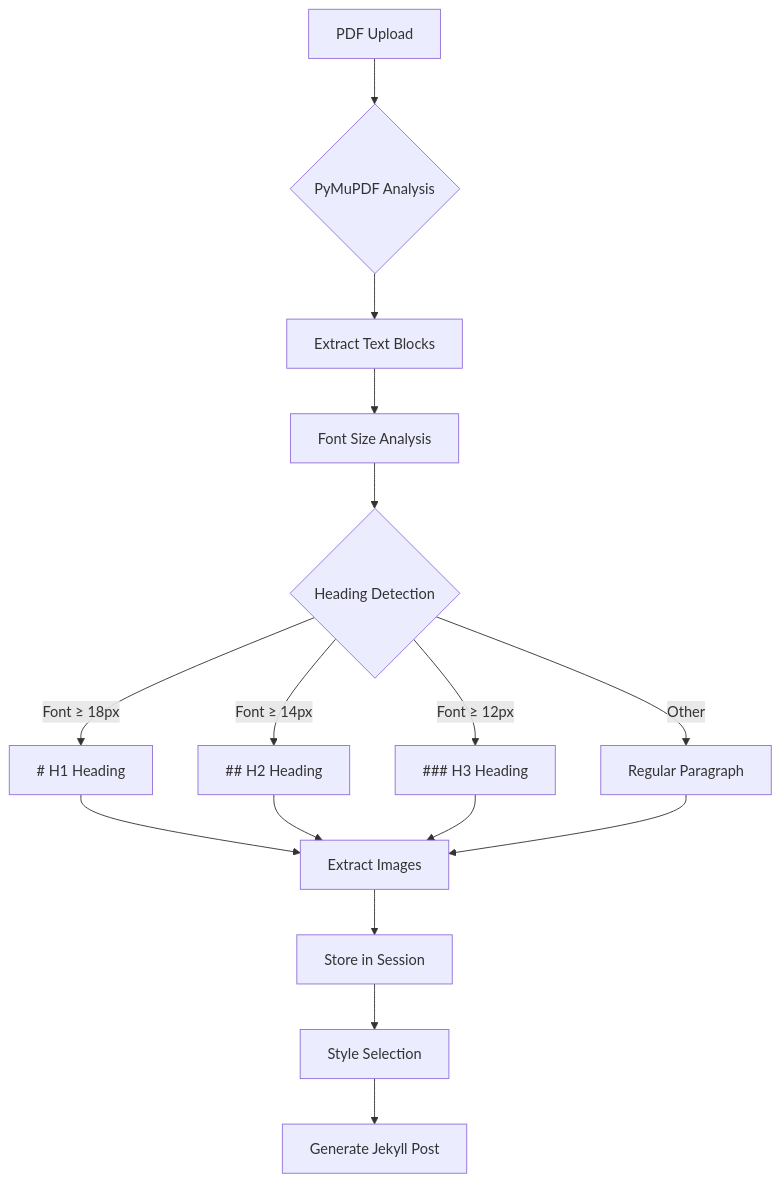
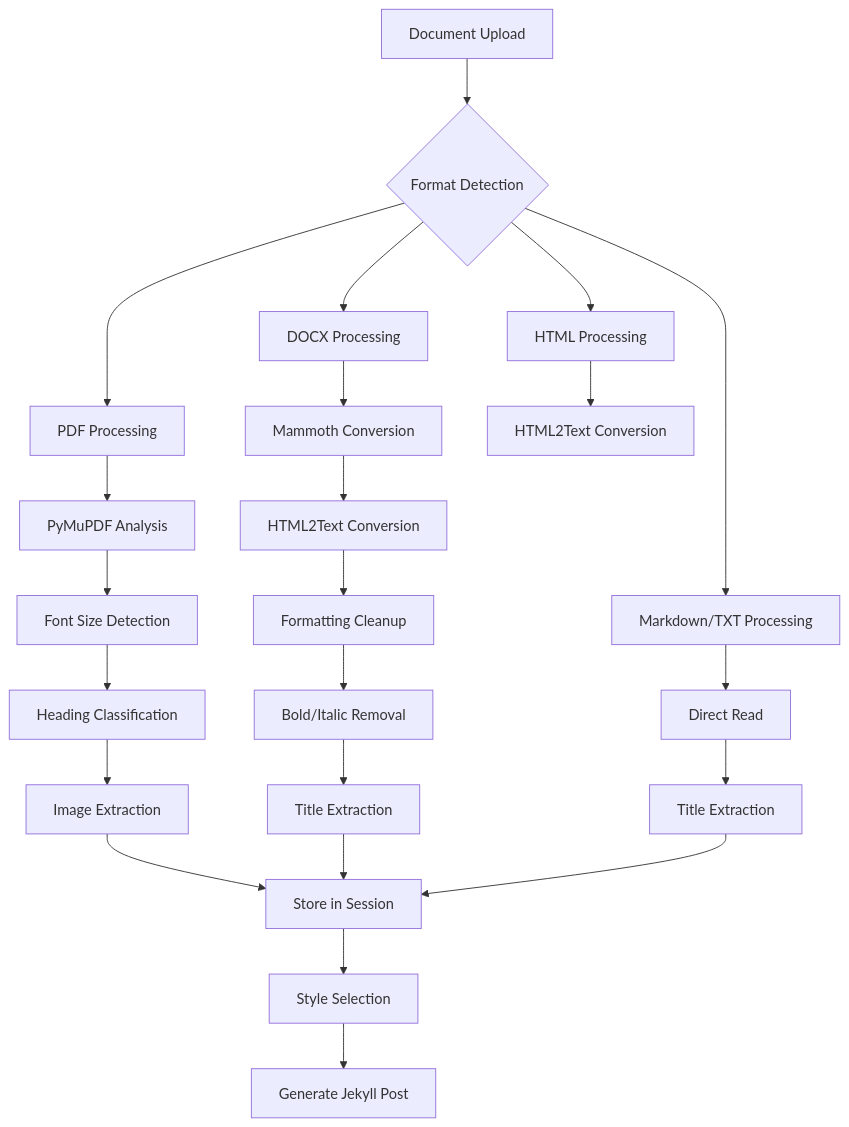
Before and after one commit to PolarisW007/PolaZhenJing: the sixth of 10 diagrams in .qoder/repowiki/en/content/Backend Application/Backend Application.md, drawn with Mermaid. The commit also changed other lines of this file and 7 other files, not shown here.

````diff
--- a/.qoder/repowiki/en/content/Backend Application/Backend Application.md
+++ b/.qoder/repowiki/en/content/Backend Application/Backend Application.md
@@ -264,18 +264,25 @@
 ```mermaid
 flowchart TD
-A["PDF Upload"] --> B{"PyMuPDF Analysis"}
-B --> C["Extract Text Blocks"]
-C --> D["Font Size Analysis"]
-D --> E{"Heading Detection"}
-E --> |"Font ≥ 18px"| F["# H1 Heading"]
-E --> |"Font ≥ 14px"| G["## H2 Heading"]
-E --> |"Font ≥ 12px"| H["### H3 Heading"]
-E --> |"Other"| I["Regular Paragraph"]
-F --> J["Extract Images"]
-G --> J
-H --> J
-I --> J
-J --> K["Store in Session"]
-K --> L["Style Selection"]
-L --> M["Generate Jekyll Post"]
+A["Document Upload"] --> B{"Format Detection"}
+B --> C["PDF Processing"]
+B --> D["DOCX Processing"]
+B --> E["HTML Processing"]
+B --> F["Markdown/TXT Processing"]
+C --> G["PyMuPDF Analysis"]
+G --> H["Font Size Detection"]
+H --> I["Heading Classification"]
+I --> J["Image Extraction"]
+D --> K["Mammoth Conversion"]
+K --> L["HTML2Text Conversion"]
+L --> M["Formatting Cleanup"]
+M --> N["Bold/Italic Removal"]
+N --> O["Title Extraction"]
+E --> P["HTML2Text Conversion"]
+F --> Q["Direct Read"]
+Q --> R["Title Extraction"]
+J --> S["Store in Session"]
+O --> S
+R --> S
+S --> T["Style Selection"]
+T --> U["Generate Jekyll Post"]
 ```
````
